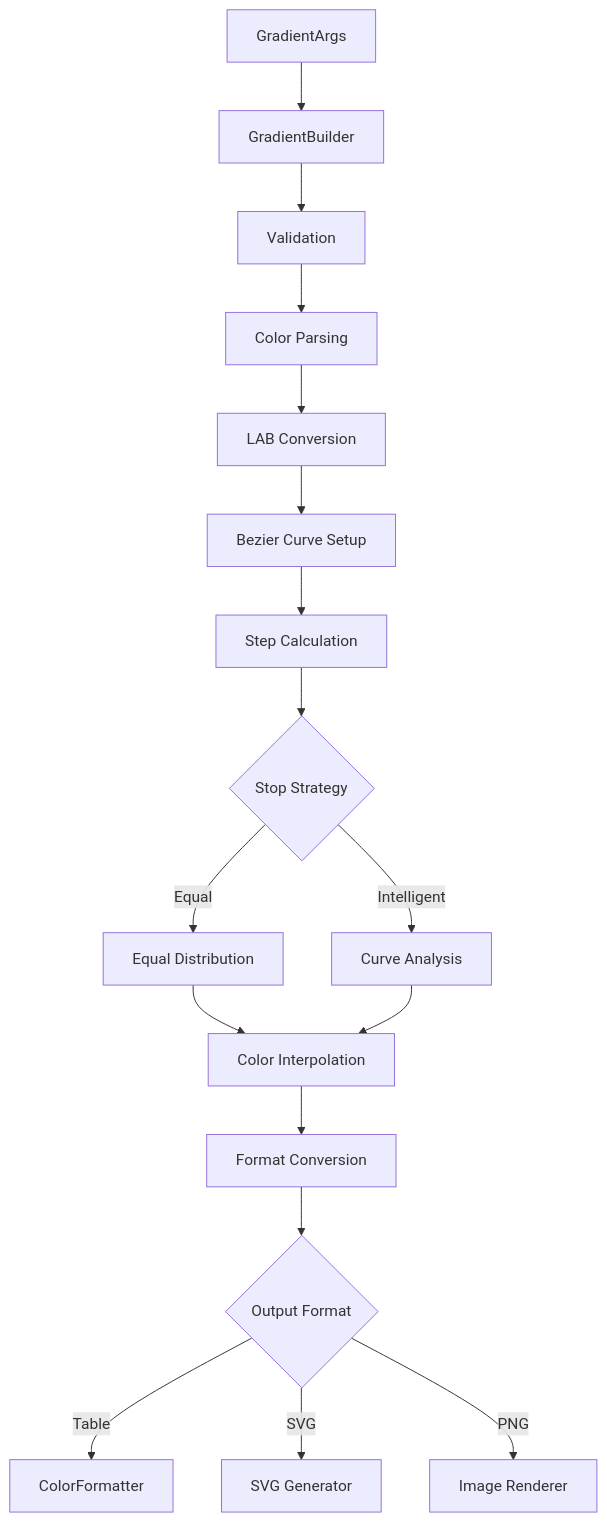
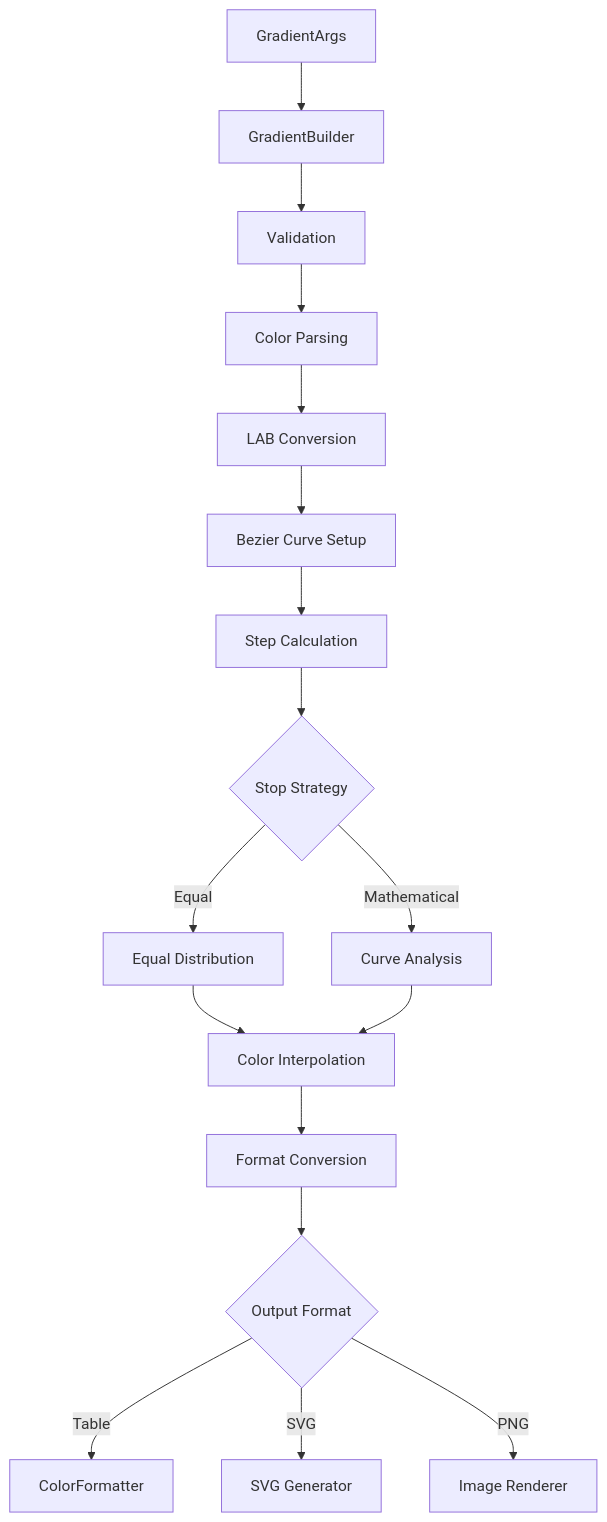
Before and after one commit to al-siv/color-rs: the fourth of 4 diagrams in docs/ARCHITECTURE.md, drawn with Mermaid. The commit also changed 15 other files, not shown here.

````diff
--- a/docs/ARCHITECTURE.md
+++ b/docs/ARCHITECTURE.md
@@ -185,19 +185,19 @@
 ```mermaid
 flowchart TD
     A[GradientArgs] --> B[GradientBuilder]
     B --> C[Validation]
     C --> D[Color Parsing]
     D --> E[LAB Conversion]
     E --> F[Bezier Curve Setup]
     F --> G[Step Calculation]
     G --> H{Stop Strategy}
     H -->|Equal| I[Equal Distribution]
-    H -->|Intelligent| J[Curve Analysis]
+    H -->|Mathematical| J[Curve Analysis]
     I --> K[Color Interpolation]
     J --> K
     K --> L[Format Conversion]
     L --> M{Output Format}
     M -->|Table| N[ColorFormatter]
     M -->|SVG| O[SVG Generator]
     M -->|PNG| P[Image Renderer]
 ```
````
